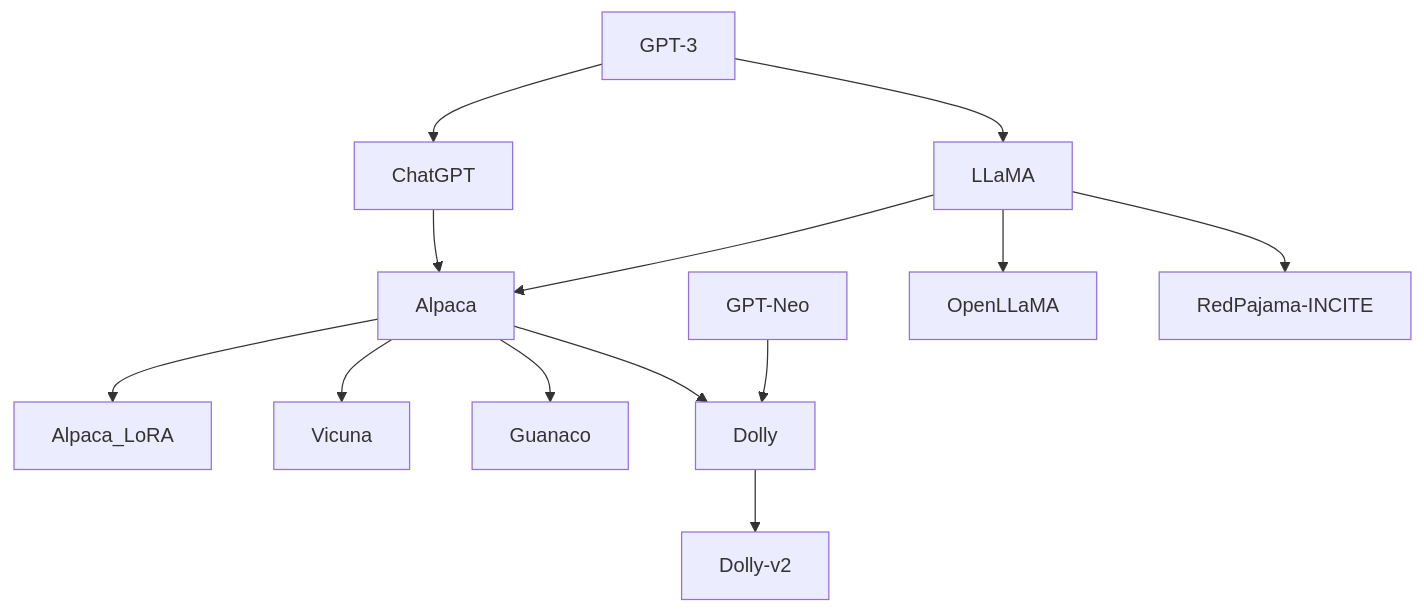
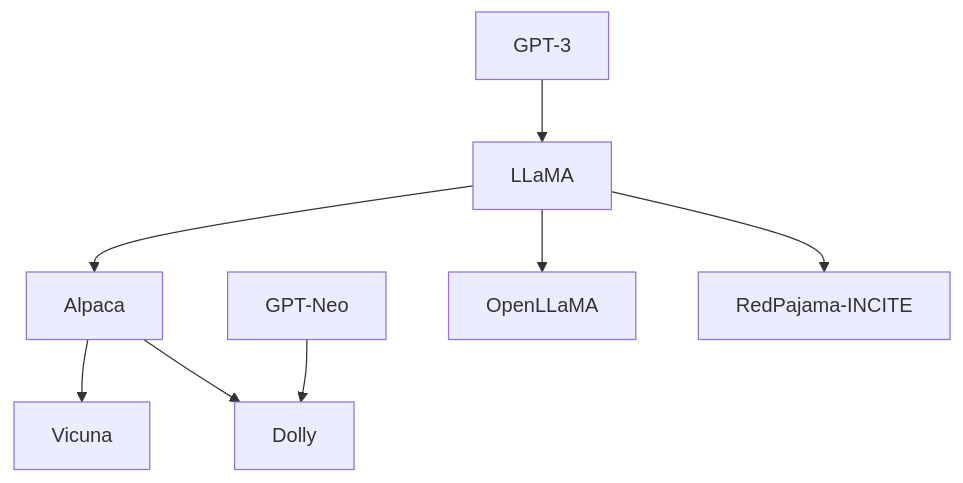
One commit to ted-sharp/chatvox changed diagram 14 of 16 in doc/llm.md. Above: the diagram before and after it, drawn with Mermaid. The commit also changed other lines of this file, not shown here.

````diff
--- a/doc/llm.md
+++ b/doc/llm.md
@@ -558,15 +557,11 @@
 ```mermaid
 flowchart
 
-GPT-3  --> LLaMA
-GPT-3 --> ChatGPT --> Alpaca
-LLaMA --> Alpaca
-Alpaca --> Alpaca_LoRA
+GPT-3 --> LLaMA --> Alpaca
 Alpaca --> Vicuna
-Alpaca --> Guanaco
 Alpaca --> Dolly
-GPT-Neo --> Dolly --> Dolly-v2
+GPT-Neo --> Dolly
 LLaMA --> OpenLLaMA
 LLaMA --> RedPajama-INCITE
 
 ```
````
